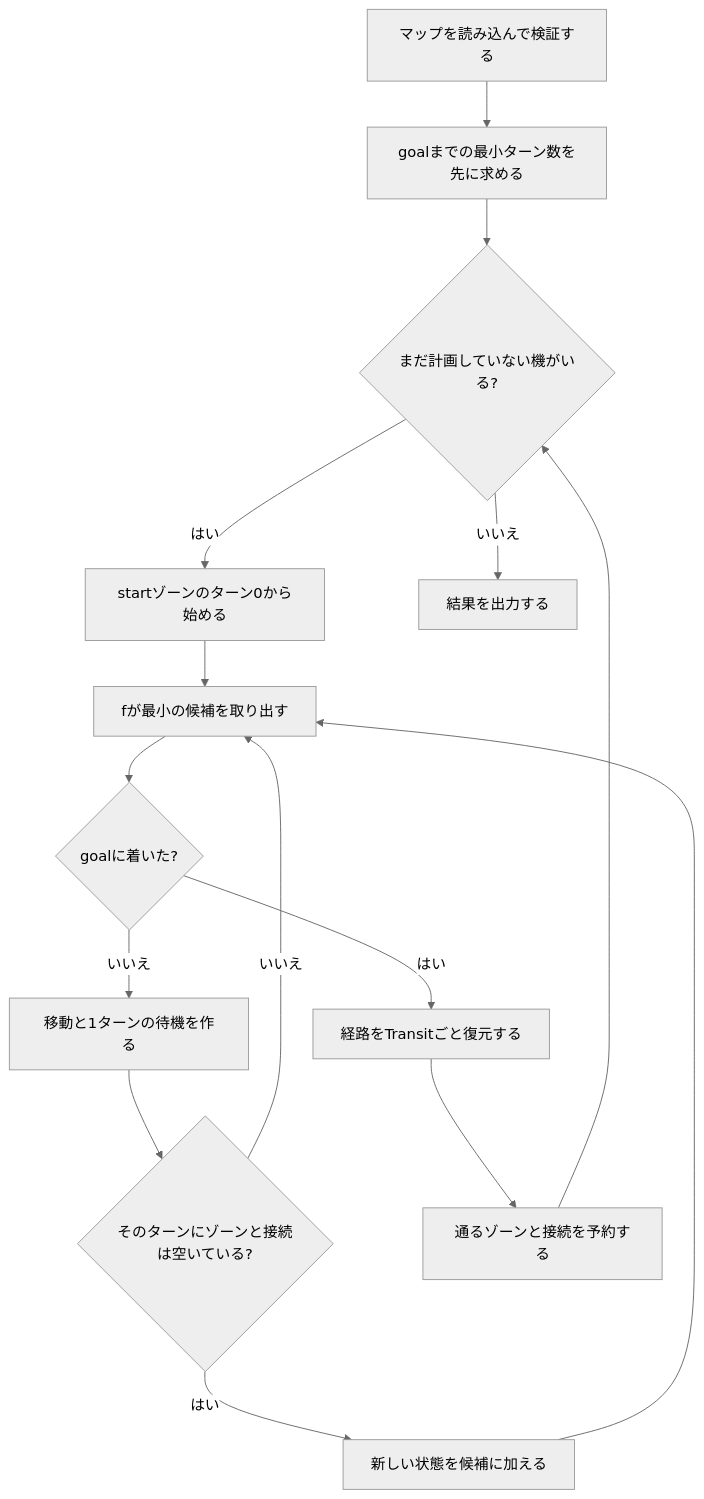
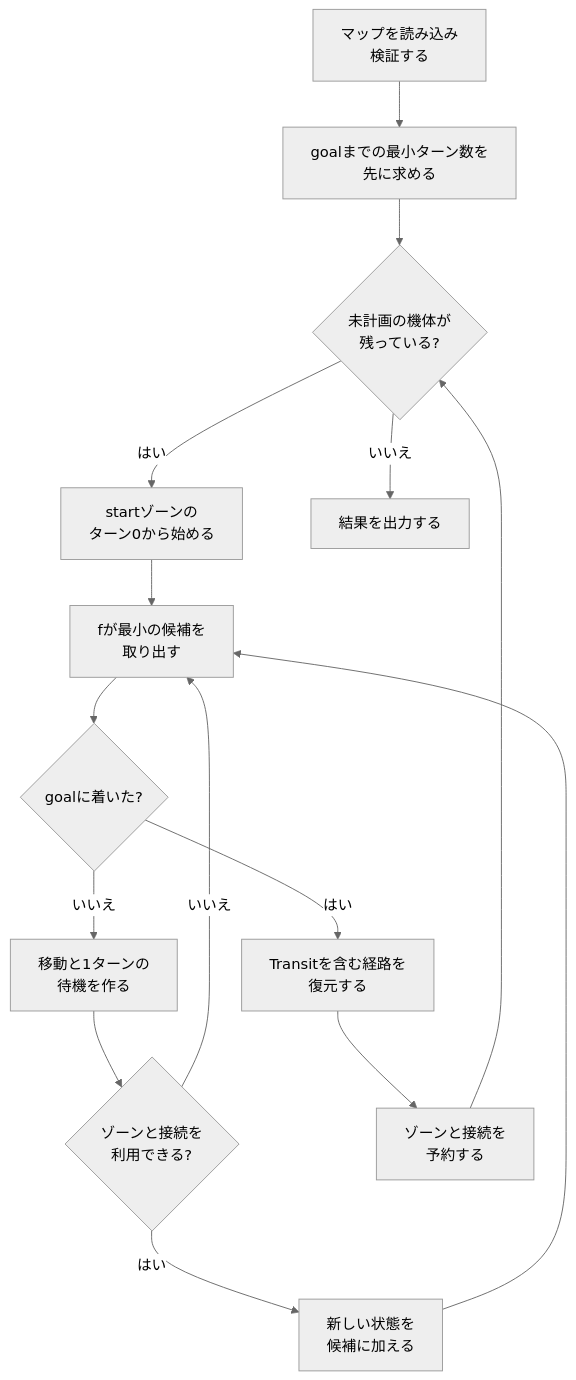
Before and after one commit to tsito2602/42cursus-fly_in: the second of 2 diagrams in README.md, drawn with Mermaid (neutral theme). The commit also changed other lines of this file, not shown here.

Commit message:
フローチャートを修正

```diff
--- a/README.md
+++ b/README.md
@@ -547,17 +547,17 @@
 ~~~mermaid
 flowchart TD
-    A["マップを読み込んで検証する"] --> B["goalまでの最小ターン数を先に求める"]
-    B --> C{"まだ計画していない機がいる?"}
-    C -- はい --> D["startゾーンのターン0から始める"]
-    D --> E["fが最小の候補を取り出す"]
+    A["マップを読み込み<br/>検証する"] --> B["goalまでの最小ターン数を<br/>先に求める"]
+    B --> C{"未計画の機体が<br/>残っている?"}
+    C -- はい --> D["startゾーンの<br/>ターン0から始める"]
+    D --> E["fが最小の候補を<br/>取り出す"]
     E --> F{"goalに着いた?"}
-    F -- いいえ --> G["移動と1ターンの待機を作る"]
-    G --> H{"そのターンにゾーンと接続は空いている?"}
+    F -- いいえ --> G["移動と1ターンの<br/>待機を作る"]
+    G --> H{"ゾーンと接続を<br/>利用できる?"}
     H -- いいえ --> E
-    H -- はい --> I["新しい状態を候補に加える"]
+    H -- はい --> I["新しい状態を<br/>候補に加える"]
     I --> E
-    F -- はい --> J["経路をTransitごと復元する"]
-    J --> K["通るゾーンと接続を予約する"]
+    F -- はい --> J["Transitを含む経路を<br/>復元する"]
+    J --> K["ゾーンと接続を<br/>予約する"]
     K --> C
     C -- いいえ --> L["結果を出力する"]
 ~~~
```
